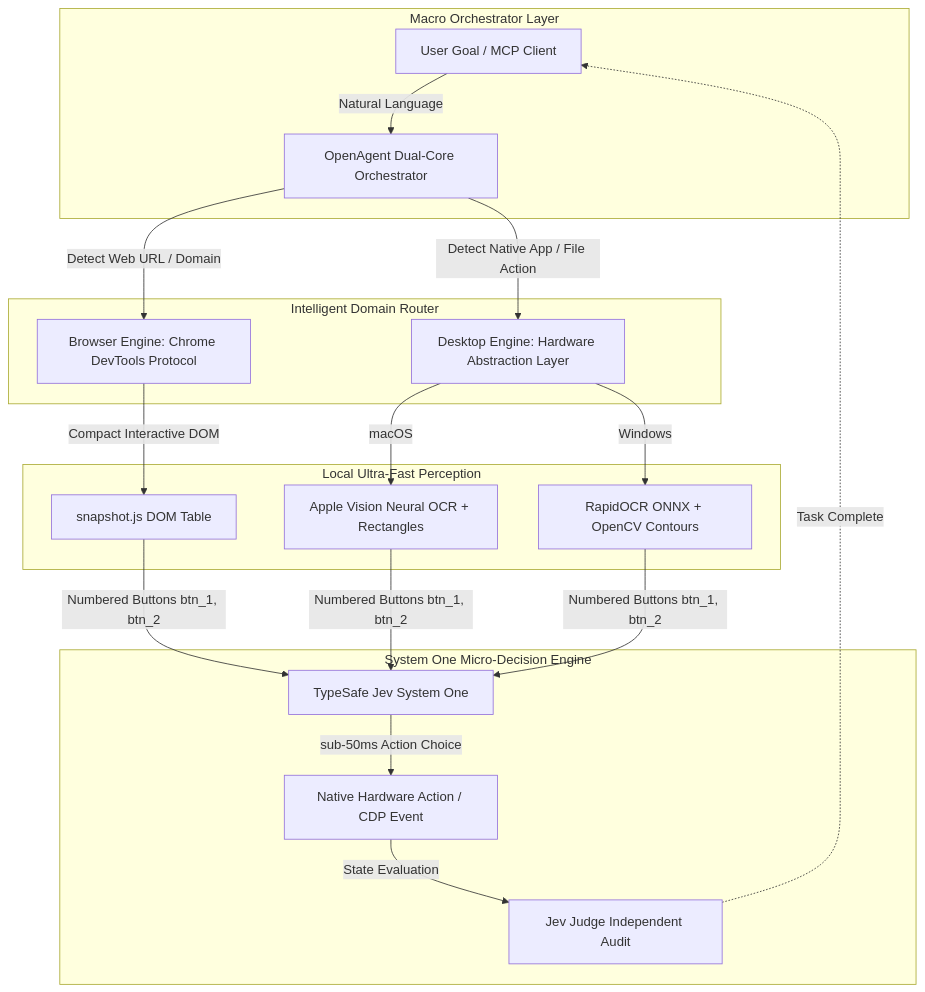
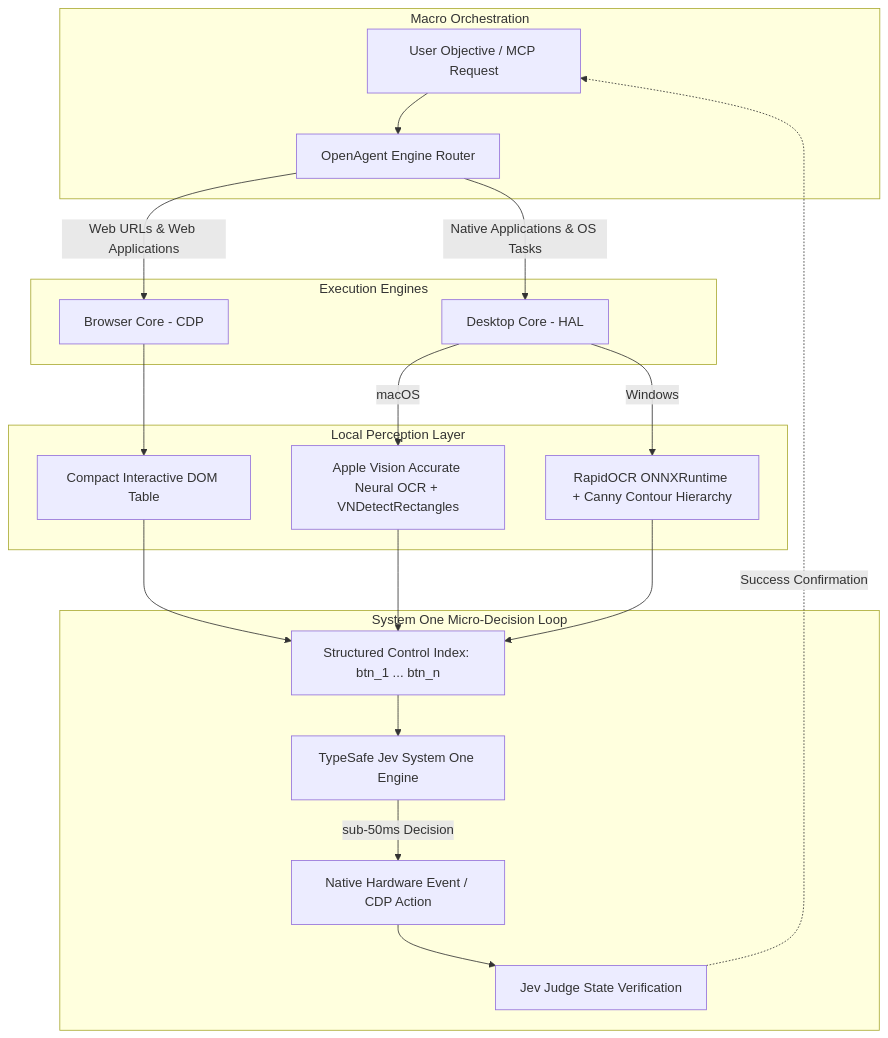
The diagram in README.md (ribentianhuang38-boop/open-use), drawn with Mermaid before and after one commit. The commit also changed other lines of this file and 1 other file, not shown here.

````diff
--- a/README.md
+++ b/README.md
@@ -52,25 +58,26 @@
 ```mermaid
-graph TB
-    subgraph Macro [Macro Orchestrator Layer]
-        User[User Goal / MCP Client] -->|Natural Language| OpenAgent[OpenAgent Dual-Core Orchestrator]
+graph TD
+    subgraph Macro [Macro Orchestration]
+        Goal[User Objective / MCP Request] --> Orchestrator[OpenAgent Engine Router]
     end
 
-    subgraph Router [Intelligent Domain Router]
-        OpenAgent -->|Detect Web URL / Domain| BrowserCore[Browser Engine: Chrome DevTools Protocol]
-        OpenAgent -->|Detect Native App / File Action| DesktopCore[Desktop Engine: Hardware Abstraction Layer]
+    subgraph CoreRouting [Execution Engines]
+        Orchestrator -->|Web URLs & Web Applications| WebEngine[Browser Core - CDP]
+        Orchestrator -->|Native Applications & OS Tasks| DesktopEngine[Desktop Core - HAL]
     end
 
-    subgraph Perception [Local Ultra-Fast Perception]
-        BrowserCore -->|Compact Interactive DOM| Snapshot[snapshot.js DOM Table]
-        DesktopCore -->|macOS| MacHAL[Apple Vision Neural OCR + Rectangles]
-        DesktopCore -->|Windows| WinHAL[RapidOCR ONNX + OpenCV Contours]
+    subgraph Perception [Local Perception Layer]
+        WebEngine --> DOMTable[Compact Interactive DOM Table]
+        DesktopEngine -->|macOS| MacHAL[Apple Vision Accurate Neural OCR + VNDetectRectangles]
+        DesktopEngine -->|Windows| WinHAL[RapidOCR ONNXRuntime + Canny Contour Hierarchy]
     end
 
-    subgraph Decision [System One Micro-Decision Engine]
-        Snapshot & MacHAL & WinHAL -->|Numbered Buttons btn_1, btn_2| Jev[TypeSafe Jev System One]
-        Jev -->|sub-50ms Action Choice| ActionExec[Native Hardware Action / CDP Event]
-        ActionExec -->|State Evaluation| Judge[Jev Judge Independent Audit]
+    subgraph DecisionEngine [System One Micro-Decision Loop]
+        DOMTable & MacHAL & WinHAL --> NumericMap[Structured Control Index: btn_1 ... btn_n]
+        NumericMap --> Jev[TypeSafe Jev System One Engine]
+        Jev -->|sub-50ms Decision| ActionExecution[Native Hardware Event / CDP Action]
+        ActionExecution --> Audit[Jev Judge State Verification]
     end
 
-    Judge -.->|Task Complete| User
+    Audit -.->|Success Confirmation| Goal
 ```
````
